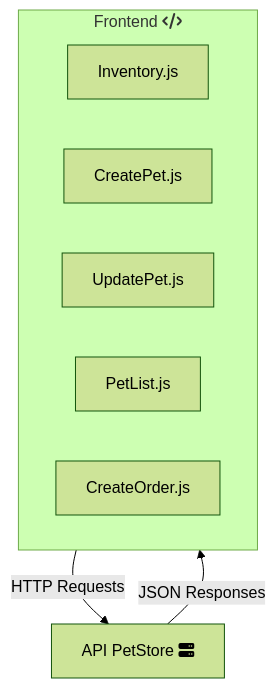
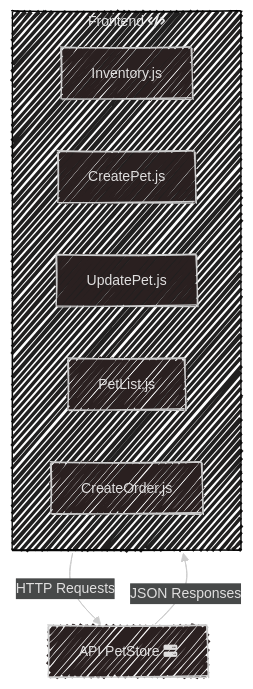
Before and after one commit to andresalmeida/react-petstore: the first of 3 diagrams in README.md, drawn with Mermaid. The commit also changed other lines of this file, not shown here.

````diff
--- a/README.md
+++ b/README.md
@@ -228,18 +228,18 @@
 ```mermaid
 ---
 config:
-  theme: forest
-  look: classic
+  theme: neo-dark
+  look: handDrawn
   layout: dagre
 ---
 flowchart TD
-    subgraph ReactApp["Frontend fa:fa-code"]
+ subgraph ReactApp["Frontend fa:fa-code"]
         Component1["Inventory.js"]
         Component2["CreatePet.js"]
         Component3["UpdatePet.js"]
         Component4["PetList.js"]
         Component5["CreateOrder.js"]
-    end
+  end
     ReactApp -- HTTP Requests --> API["API PetStore fa:fa-server"]
     API -- JSON Responses --> ReactApp
 ```
````
